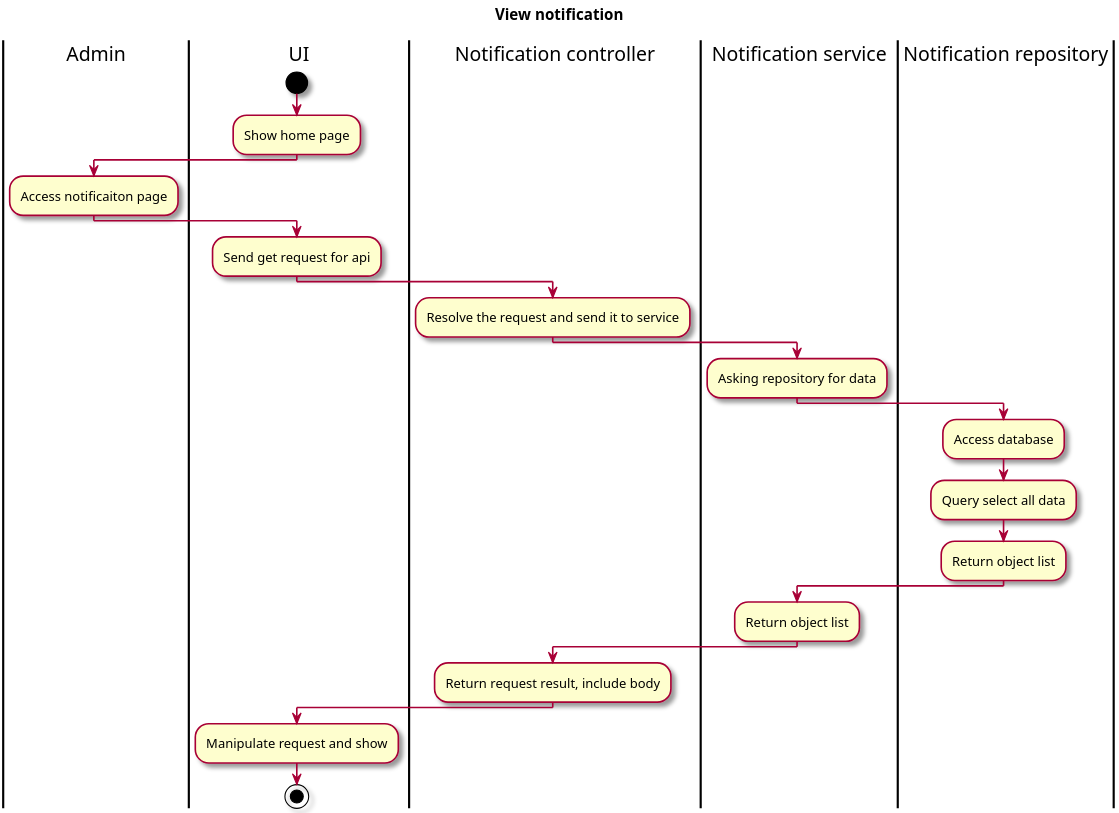
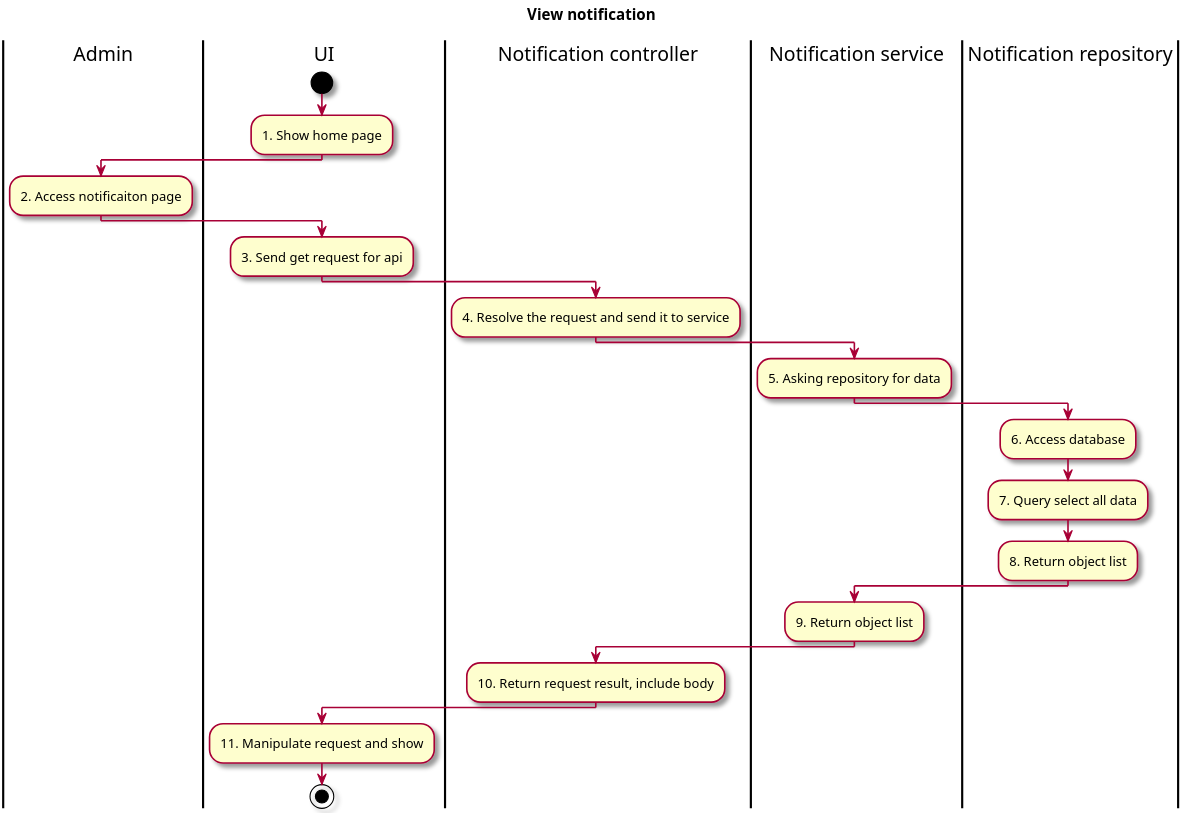
The diagram in Activity/7.5 View notification list.puml (Marowota/ecommerce-plantuml), drawn with PlantUML before and after one commit. The commit also changed 4 other files, not shown here.

```diff
--- a/Activity/7.5 View notification list.puml
+++ b/Activity/7.5 View notification list.puml
@@ -1,35 +1,35 @@
 @startuml 7. View notification
 skin rose
 !pragma useVerticalIf on
 scale 3
 
 title "View notification"
 
 |Admin|
 |UI|
 start
-    :Show home page;
+    :1. Show home page;
     |Admin|
-    :Access notificaiton page;
+    :2. Access notificaiton page;
     |UI|
-    :Send get request for api;
+    :3. Send get request for api;
     |Notification controller|
-    :Resolve the request and send it to service;
+    :4. Resolve the request and send it to service;
     |Notification service|
-    :Asking repository for data;
+    :5. Asking repository for data;
     |Notification repository|
-    :Access database;
-    :Query select all data;
-    :Return object list;
+    :6. Access database;
+    :7. Query select all data;
+    :8. Return object list;
     |Notification service|
-    :Return object list;
+    :9. Return object list;
     |Notification controller|
-    :Return request result, include body;
+    :10. Return request result, include body;
     |UI|
-    :Manipulate request and show;
+    :11. Manipulate request and show;
 stop
 
 
 
 
 @enduml
```
